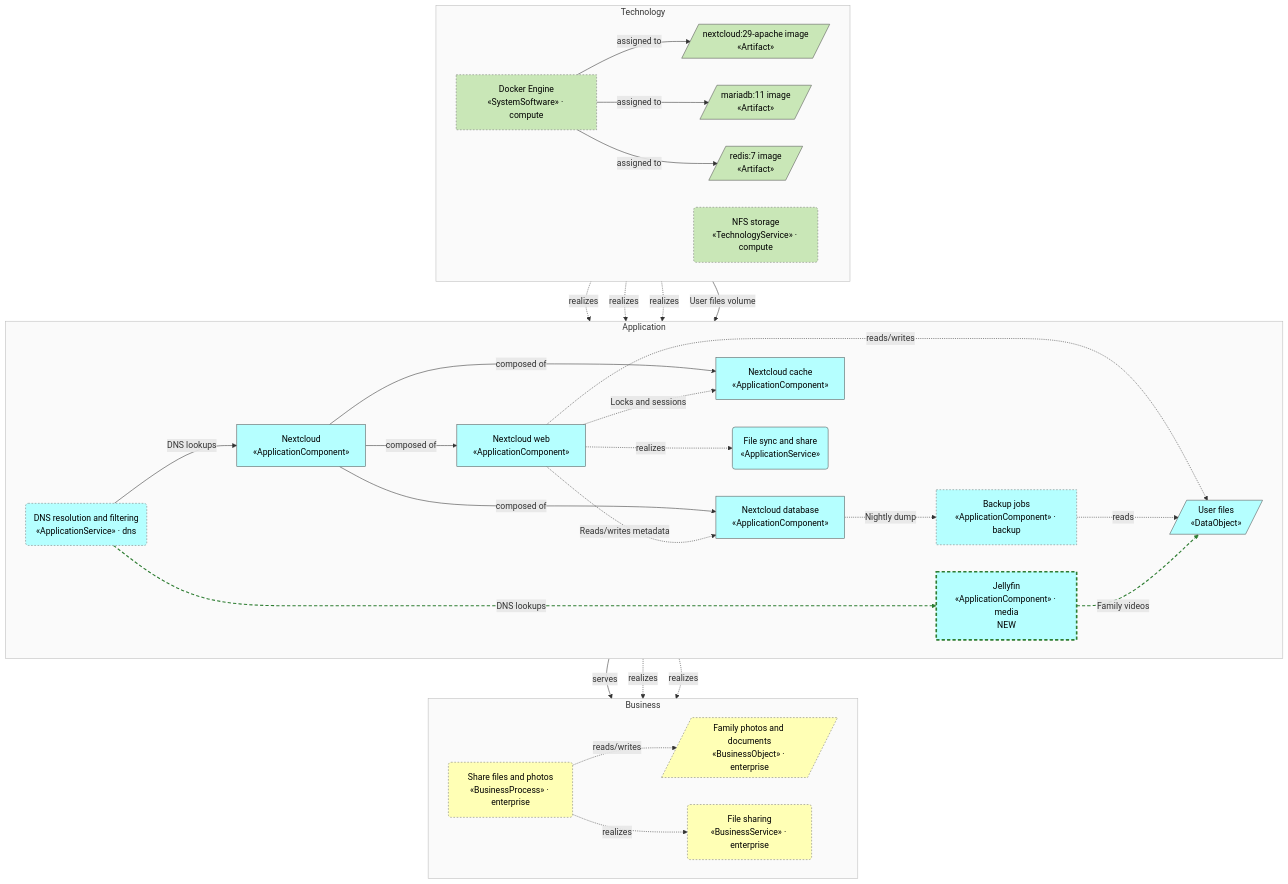
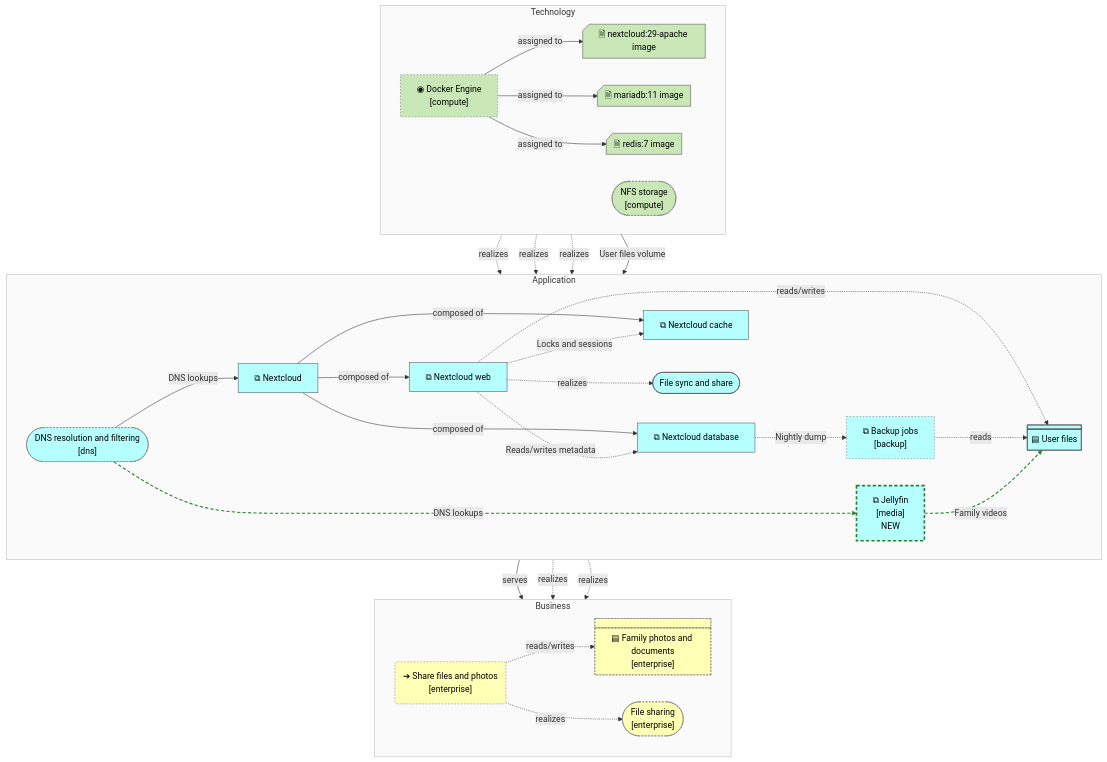
One commit to b-zig/a4m changed the first of 3 diagrams in docs/nextcloud/view-layered.md. Above: the diagram before and after it, drawn with Mermaid. The commit also changed other lines of this file and 15 other files, not shown here.

First line of the commit message:
Approximate ArchiMate notation in Mermaid flowcharts

````diff
--- a/docs/nextcloud/view-layered.md
+++ b/docs/nextcloud/view-layered.md
@@ -8,68 +8,68 @@
 ```mermaid
 flowchart TB
   subgraph layer_business["Business"]
     direction LR
-    enterprise__bus_obj_photos[/"Family photos and documents<br/>«BusinessObject» · enterprise"/]
-    enterprise__bus_proc_share("Share files and photos<br/>«BusinessProcess» · enterprise")
-    enterprise__bus_svc_file_sharing("File sharing<br/>«BusinessService» · enterprise")
+    enterprise__bus_obj_photos@{ shape: div-rect, label: "▤ Family photos and documents<br/>[enterprise]" }
+    enterprise__bus_proc_share@{ shape: rounded, label: "➔ Share files and photos<br/>[enterprise]" }
+    enterprise__bus_svc_file_sharing@{ shape: stadium, label: "File sharing<br/>[enterprise]" }
   end
   subgraph layer_application["Application"]
     direction LR
-    app_nextcloud["Nextcloud<br/>«ApplicationComponent»"]
-    app_nextcloud_web["Nextcloud web<br/>«ApplicationComponent»"]
-    app_nextcloud_db["Nextcloud database<br/>«ApplicationComponent»"]
-    app_nextcloud_cache["Nextcloud cache<br/>«ApplicationComponent»"]
-    app_svc_file_sync("File sync and share<br/>«ApplicationService»")
-    app_data_files[/"User files<br/>«DataObject»"/]
-    backup__app_backup["Backup jobs<br/>«ApplicationComponent» · backup"]
-    dns__app_svc_dns("DNS resolution and filtering<br/>«ApplicationService» · dns")
-    media__app_jellyfin["Jellyfin<br/>«ApplicationComponent» · media<br/>NEW"]
+    app_nextcloud@{ shape: rect, label: "⧉ Nextcloud" }
+    app_nextcloud_web@{ shape: rect, label: "⧉ Nextcloud web" }
+    app_nextcloud_db@{ shape: rect, label: "⧉ Nextcloud database" }
+    app_nextcloud_cache@{ shape: rect, label: "⧉ Nextcloud cache" }
+    app_svc_file_sync@{ shape: stadium, label: "File sync and share" }
+    app_data_files@{ shape: div-rect, label: "▤ User files" }
+    backup__app_backup@{ shape: rect, label: "⧉ Backup jobs<br/>[backup]" }
+    dns__app_svc_dns@{ shape: stadium, label: "DNS resolution and filtering<br/>[dns]" }
+    media__app_jellyfin@{ shape: rect, label: "⧉ Jellyfin<br/>[media]<br/>NEW" }
   end
   subgraph layer_technology["Technology"]
     direction LR
-    tech_art_nextcloud[/"nextcloud:29-apache image<br/>«Artifact»"/]
-    tech_art_mariadb[/"mariadb:11 image<br/>«Artifact»"/]
-    tech_art_redis[/"redis:7 image<br/>«Artifact»"/]
-    compute__tech_docker["Docker Engine<br/>«SystemSoftware» · compute"]
-    compute__tech_svc_nfs("NFS storage<br/>«TechnologyService» · compute")
+    tech_art_nextcloud@{ shape: notch-rect, label: "🗎 nextcloud:29-apache image" }
+    tech_art_mariadb@{ shape: notch-rect, label: "🗎 mariadb:11 image" }
+    tech_art_redis@{ shape: notch-rect, label: "🗎 redis:7 image" }
+    compute__tech_docker@{ shape: rect, label: "◉ Docker Engine<br/>[compute]" }
+    compute__tech_svc_nfs@{ shape: stadium, label: "NFS storage<br/>[compute]" }
   end
   app_nextcloud -->|"composed of"| app_nextcloud_web
   app_nextcloud -->|"composed of"| app_nextcloud_db
   app_nextcloud -->|"composed of"| app_nextcloud_cache
   app_nextcloud_web -.->|"realizes"| app_svc_file_sync
   app_nextcloud_web -.->|"Reads/writes metadata"| app_nextcloud_db
   app_nextcloud_web -.->|"Locks and sessions"| app_nextcloud_cache
   app_nextcloud_web -.->|"reads/writes"| app_data_files
   app_svc_file_sync -->|"serves"| enterprise__bus_proc_share
   app_svc_file_sync -.->|"realizes"| enterprise__bus_svc_file_sharing
   app_data_files -.->|"realizes"| enterprise__bus_obj_photos
   dns__app_svc_dns -->|"DNS lookups"| app_nextcloud
   compute__tech_docker -->|"assigned to"| tech_art_nextcloud
   compute__tech_docker -->|"assigned to"| tech_art_mariadb
   compute__tech_docker -->|"assigned to"| tech_art_redis
   tech_art_nextcloud -.->|"realizes"| app_nextcloud_web
   tech_art_mariadb -.->|"realizes"| app_nextcloud_db
   tech_art_redis -.->|"realizes"| app_nextcloud_cache
   compute__tech_svc_nfs -->|"User files volume"| app_nextcloud_web
   backup__app_backup -.->|"reads"| app_data_files
   app_nextcloud_db -.->|"Nightly dump"| backup__app_backup
   enterprise__bus_proc_share -.->|"realizes"| enterprise__bus_svc_file_sharing
   enterprise__bus_proc_share -.->|"reads/writes"| enterprise__bus_obj_photos
   media__app_jellyfin -.->|"Family videos"| app_data_files
   dns__app_svc_dns -->|"DNS lookups"| media__app_jellyfin
   classDef business fill:#FFFFB5,stroke:#555,color:#000
   class enterprise__bus_obj_photos,enterprise__bus_proc_share,enterprise__bus_svc_file_sharing business
   style layer_business fill:#fafafa,stroke:#bbb
   classDef application fill:#B5FFFF,stroke:#555,color:#000
   class app_nextcloud,app_nextcloud_web,app_nextcloud_db,app_nextcloud_cache,app_svc_file_sync,app_data_files,backup__app_backup,dns__app_svc_dns,media__app_jellyfin application
   style layer_application fill:#fafafa,stroke:#bbb
   classDef technology fill:#C9E7B7,stroke:#555,color:#000
   class tech_art_nextcloud,tech_art_mariadb,tech_art_redis,compute__tech_docker,compute__tech_svc_nfs technology
   style layer_technology fill:#fafafa,stroke:#bbb
   classDef foreign stroke:#777,stroke-dasharray:3 3
   class backup__app_backup,compute__tech_docker,compute__tech_svc_nfs,dns__app_svc_dns,enterprise__bus_obj_photos,enterprise__bus_proc_share,enterprise__bus_svc_file_sharing,media__app_jellyfin foreign
   classDef st_new stroke:#2e7d32,stroke-width:3px,stroke-dasharray:6 4
   class media__app_jellyfin st_new
   linkStyle 22 stroke:#2e7d32,stroke-width:2px,stroke-dasharray:6 4
   linkStyle 23 stroke:#2e7d32,stroke-width:2px,stroke-dasharray:6 4
 ```
````
